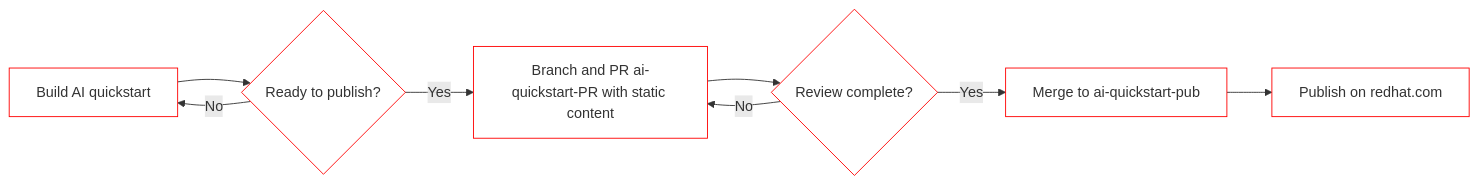
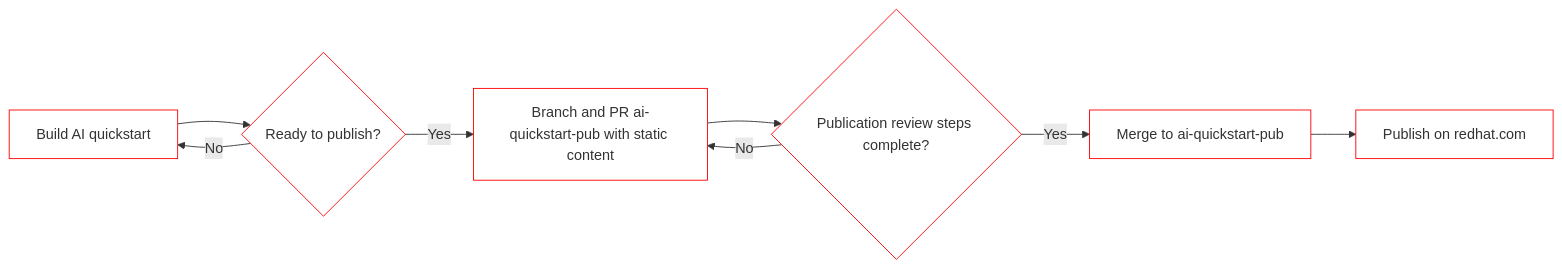
Before and after one commit to rh-ai-quickstart/ai-quickstart-contrib: the second of 2 diagrams in PUBLISHING.md, drawn with Mermaid. The commit also changed other lines of this file, not shown here.

````diff
--- a/PUBLISHING.md
+++ b/PUBLISHING.md
@@ -40,18 +40,18 @@
 ```mermaid
   flowchart LR 
     A[Build AI quickstart] --> B{Ready to publish?}
     B -- No --> A; 
-    B -- Yes --> C[Branch and PR ai-quickstart-PR with static content];
-    C --> D{Review complete?};
+    B -- Yes --> C[Branch and PR ai-quickstart-pub with static content];
+    C --> D{Publication review steps complete?};
     D -- No --> C; 
     D -- Yes --> E[Merge to ai-quickstart-pub];
     E --> F[Publish on redhat.com];
 
     style A fill:#fff,stroke:#f00
     style B fill:#fff,stroke:#f00
     style C fill:#fff,stroke:#f00
     style D fill:#fff,stroke:#f00
     style E fill:#fff,stroke:#f00
     style F fill:#fff,stroke:#f00
     
 ```
````
